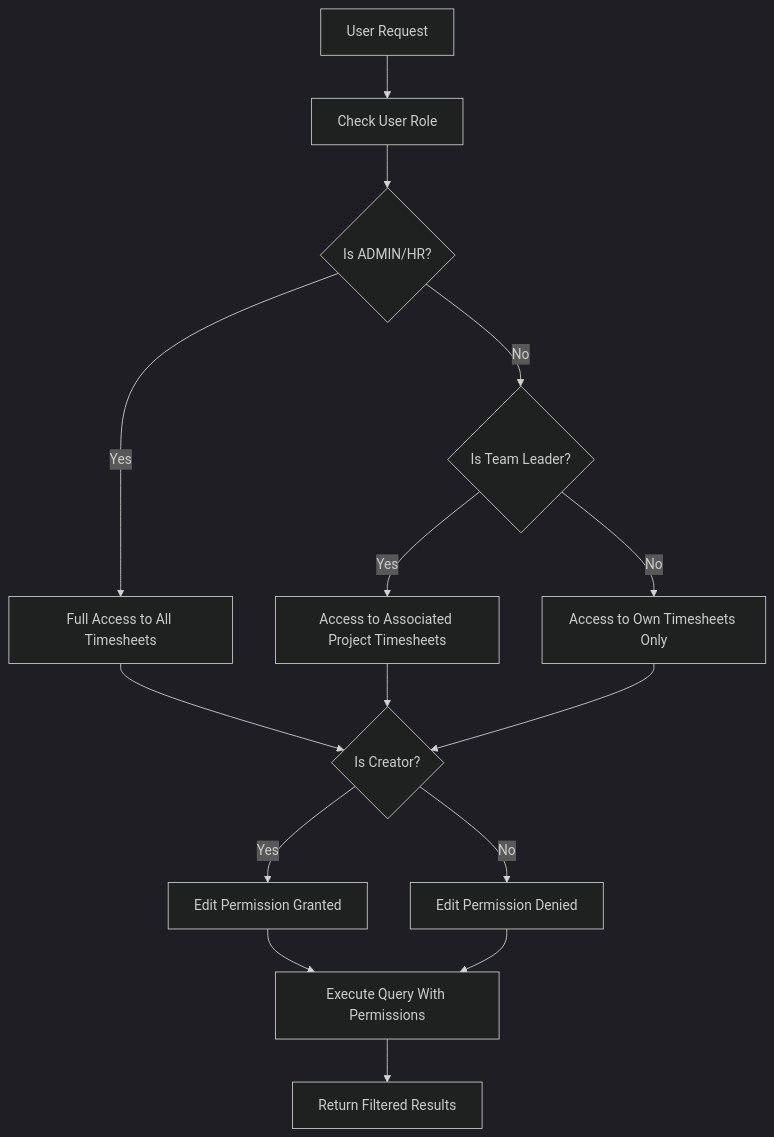
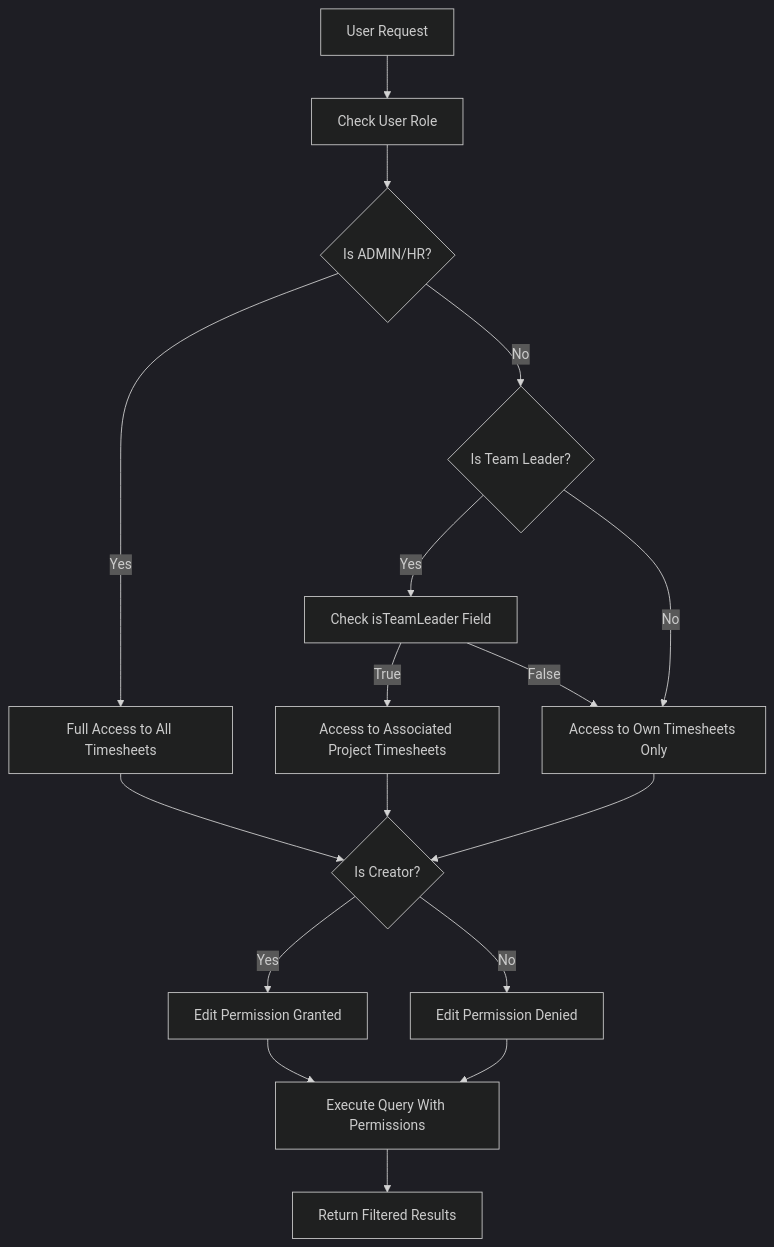
One commit to RobertRuas/windlog changed the seventh of 13 diagrams in .qoder/repowiki/en/content/Arquitetura Backend/Módulos do Sistema/Timesheet Semanal - Módulo Backend.md. Above: the diagram before and after it, drawn with Mermaid (dark theme). The commit also changed other lines of this file and 46 other files, not shown here.

First line of the commit message:
fix: persist isTeamLeader on user update and return in user list

````diff
--- a/.qoder/repowiki/en/content/Arquitetura Backend/Módulos do Sistema/Timesheet Semanal - Módulo Backend.md
+++ b/.qoder/repowiki/en/content/Arquitetura Backend/Módulos do Sistema/Timesheet Semanal - Módulo Backend.md
@@ -531,17 +564,19 @@
 ```mermaid
 flowchart TD
 UserRequest["User Request"] --> RoleCheck["Check User Role"]
 RoleCheck --> Admin{"Is ADMIN/HR?"}
 Admin --> |Yes| FullAccess["Full Access to All Timesheets"]
 Admin --> |No| TeamLeader{"Is Team Leader?"}
-TeamLeader --> |Yes| ProjectRestricted["Access to Associated Project Timesheets"]
+TeamLeader --> |Yes| CheckTeamLeaderStatus["Check isTeamLeader Field"]
 TeamLeader --> |No| StandardUser["Access to Own Timesheets Only"]
-FullAccess --> CheckCreator{"Is Creator?"}
-ProjectRestricted --> CheckCreator
+CheckTeamLeaderStatus --> |True| ProjectRestricted["Access to Associated Project Timesheets"]
+CheckTeamLeaderStatus --> |False| StandardUser
+ProjectRestricted --> CheckCreator{"Is Creator?"}
+FullAccess --> CheckCreator
 StandardUser --> CheckCreator
 CheckCreator --> |Yes| EditAllowed["Edit Permission Granted"]
 CheckCreator --> |No| EditDenied["Edit Permission Denied"]
 EditAllowed --> ExecuteQuery["Execute Query With Permissions"]
 EditDenied --> ExecuteQuery
 ExecuteQuery --> ReturnResults["Return Filtered Results"]
 ```
````
